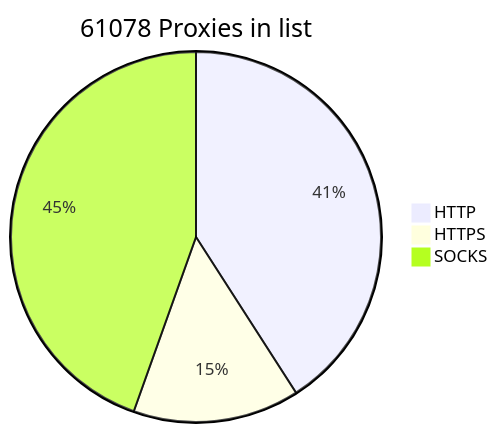
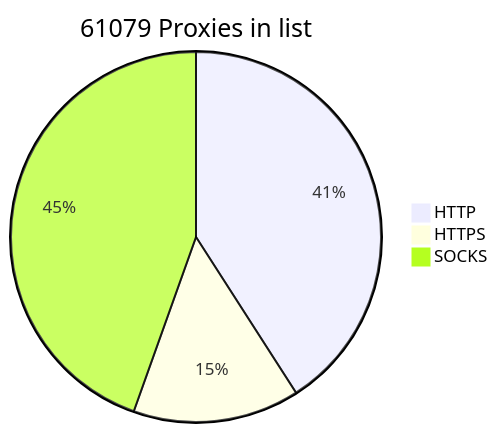
Before and after one commit to BlackSnowDot/proxylist-update-every-minute: the diagram in README.md, drawn with Mermaid.

````diff
--- a/README.md
+++ b/README.md
@@ -2,6 +2,6 @@
 ```mermaid
-pie title 61078 Proxies in list
+pie title 61079 Proxies in list
     "HTTP" : 28316
-    "HTTPS": 10067
+    "HTTPS": 10068
     "SOCKS" : 30828
 ```
````
